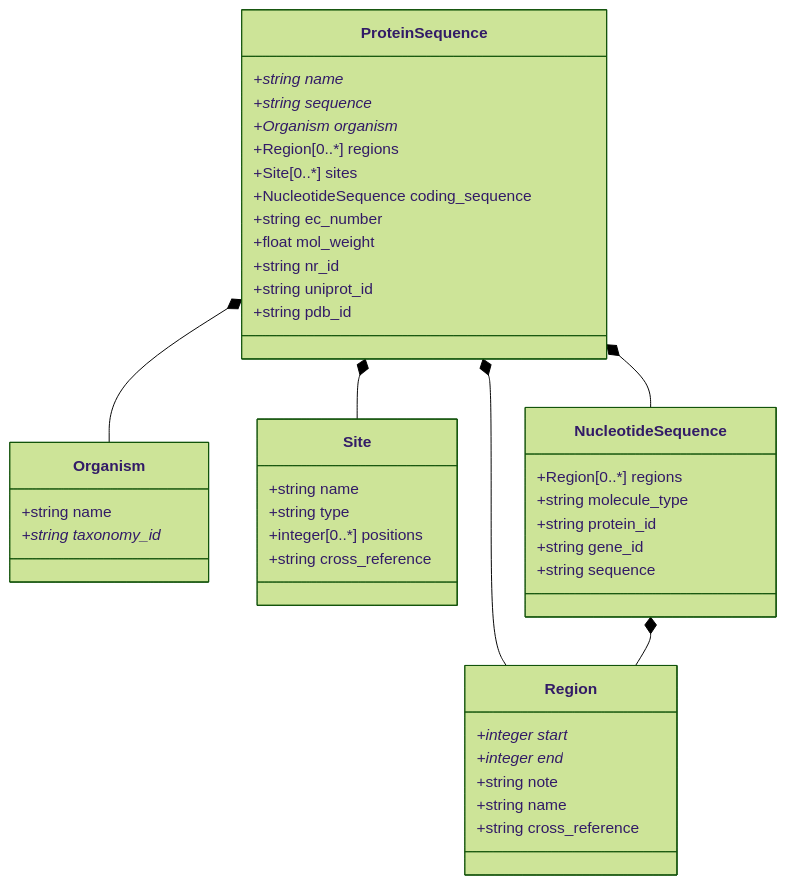
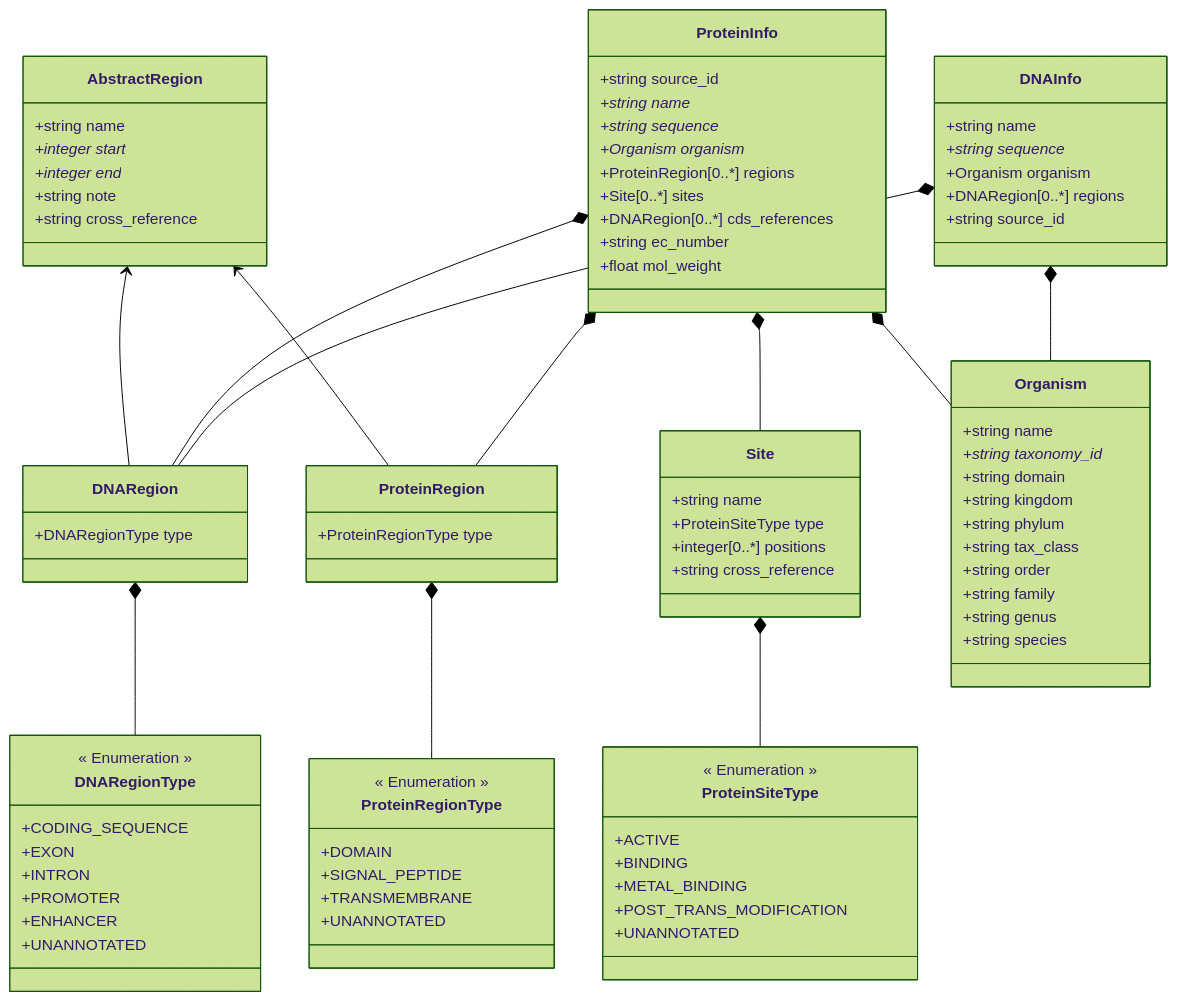
Before and after one commit to PyEED/pyeed: the diagram in pyEED/schemes/pyeed_schema.md, drawn with Mermaid (forest theme). The commit also changed 15 other files, not shown here.

````diff
--- a/pyEED/schemes/pyeed_schema.md
+++ b/pyEED/schemes/pyeed_schema.md
@@ -1,51 +1,98 @@
 ```mermaid
 classDiagram
-    ProteinSequence *-- Organism
-    ProteinSequence *-- Region
-    ProteinSequence *-- Site
-    ProteinSequence *-- NucleotideSequence
-    NucleotideSequence *-- Region
+    AbstractRegion <-- DNARegion
+    AbstractRegion <-- ProteinRegion
+    ProteinInfo *-- DNARegion
+    ProteinInfo *-- ProteinRegion
+    ProteinInfo *-- Site
+    ProteinInfo *-- Organism
+    DNAInfo *-- DNARegion
+    DNAInfo *-- Organism
+    DNARegion *-- DNARegionType
+    ProteinRegion *-- ProteinRegionType
+    Site *-- ProteinSiteType
     
-    class ProteinSequence {
+    class ProteinInfo {
+        +string source_id
         +string name*
         +string sequence*
         +Organism organism*
-        +Region[0..*] regions
+        +ProteinRegion[0..*] regions
         +Site[0..*] sites
-        +NucleotideSequence coding_sequence
+        +DNARegion[0..*] cds_references
         +string ec_number
         +float mol_weight
-        +string nr_id
-        +string uniprot_id
-        +string pdb_id
+    }
+    
+    class DNAInfo {
+        +string name
+        +string sequence*
+        +Organism organism
+        +DNARegion[0..*] regions
+        +string source_id
+    }
+    
+    class AbstractRegion {
+        +string name
+        +integer start*
+        +integer end*
+        +string note
+        +string cross_reference
+    }
+    
+    class DNARegion {
+        +DNARegionType type
+    }
+    
+    class ProteinRegion {
+        +ProteinRegionType type
+    }
+    
+    class Site {
+        +string name
+        +ProteinSiteType type
+        +integer[0..*] positions
+        +string cross_reference
     }
     
     class Organism {
         +string name
         +string taxonomy_id*
+        +string domain
+        +string kingdom
+        +string phylum
+        +string tax_class
+        +string order
+        +string family
+        +string genus
+        +string species
     }
     
-    class Region {
-        +integer start*
-        +integer end*
-        +string note
-        +string name
-        +string cross_reference
+    class ProteinSiteType {
+        << Enumeration >>
+        +ACTIVE
+        +BINDING
+        +METAL_BINDING
+        +POST_TRANS_MODIFICATION
+        +UNANNOTATED
     }
     
-    class Site {
-        +string name
-        +string type
-        +integer[0..*] positions
-        +string cross_reference
+    class DNARegionType {
+        << Enumeration >>
+        +CODING_SEQUENCE
+        +EXON
+        +INTRON
+        +PROMOTER
+        +ENHANCER
+        +UNANNOTATED
     }
     
-    class NucleotideSequence {
-        +Region[0..*] regions
-        +string molecule_type
-        +string protein_id
-        +string gene_id
-        +string sequence
+    class ProteinRegionType {
+        << Enumeration >>
+        +DOMAIN
+        +SIGNAL_PEPTIDE
+        +TRANSMEMBRANE
+        +UNANNOTATED
     }
     
 ```
````
